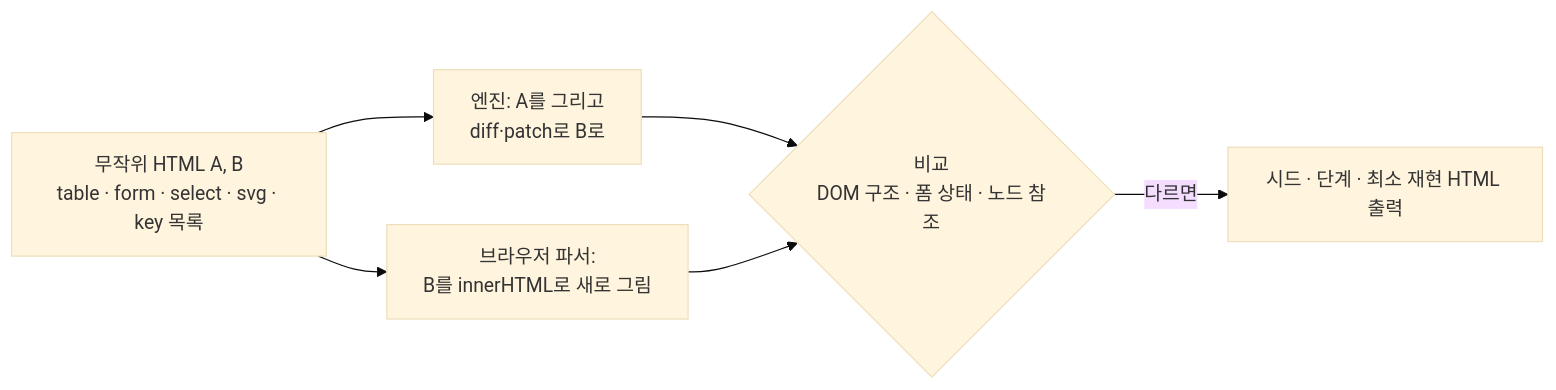
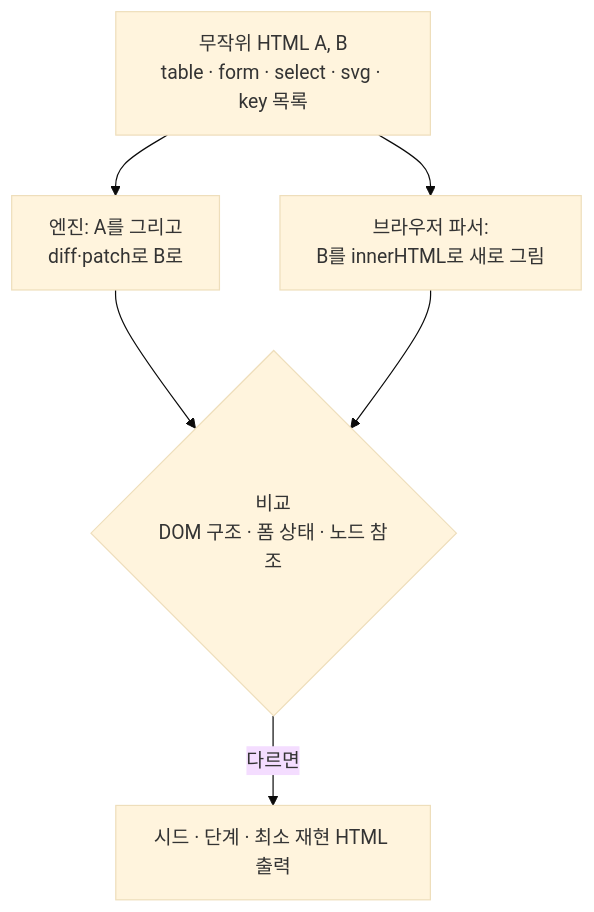
One commit to from-scratch-lab/mini-react changed the third of 3 diagrams in README.md. Above: the diagram before and after it, drawn with Mermaid (base theme). The commit also changed other lines of this file, not shown here.

````diff
--- a/README.md
+++ b/README.md
@@ -189,8 +195,8 @@
 ```mermaid
-flowchart LR
+flowchart TB
   R["무작위 HTML A, B<br/>table · form · select · svg · key 목록"] --> P1["엔진: A를 그리고<br/>diff·patch로 B로"]
   R --> P2["브라우저 파서:<br/>B를 innerHTML로 새로 그림"]
   P1 --> C{"비교<br/>DOM 구조 · 폼 상태 · 노드 참조"}
   P2 --> C
   C -->|"다르면"| M["시드 · 단계 · 최소 재현 HTML 출력"]
 ```
````
